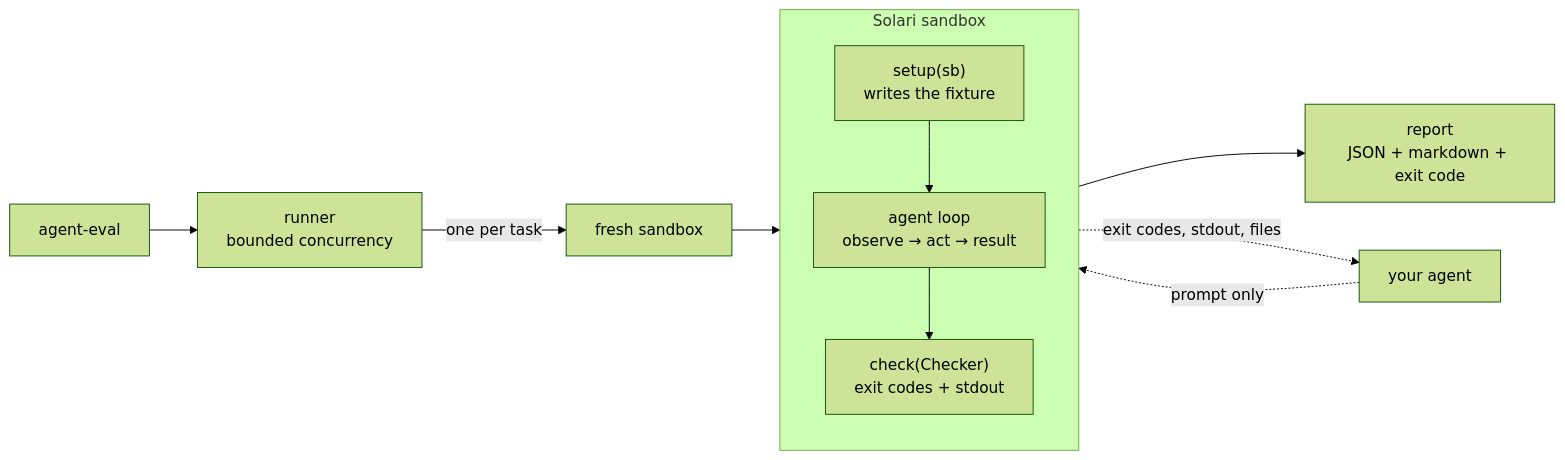
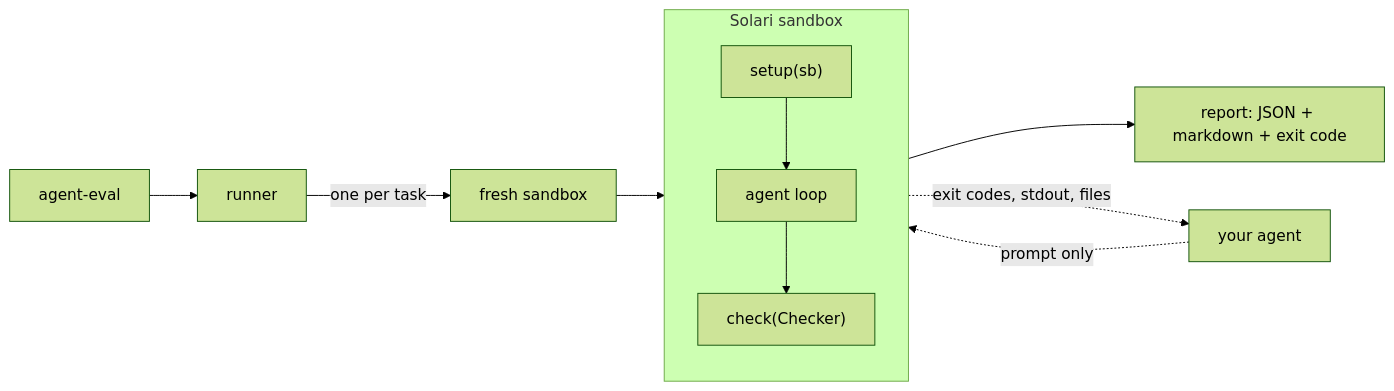
One commit to Mohamed-AH/solari-cookbook changed the diagram in agent-eval/README.md. Above: the diagram before and after it, drawn with Mermaid (forest theme). The commit also changed other lines of this file, not shown here.

````diff
--- a/agent-eval/README.md
+++ b/agent-eval/README.md
@@ -159,19 +89,16 @@
 ```mermaid
 flowchart LR
-    CLI["agent-eval"] --> R["runner<br/>bounded concurrency"]
+    CLI["agent-eval"] --> R["runner"]
     R -->|one per task| S["fresh sandbox"]
 
     subgraph SB["Solari sandbox"]
         direction TB
-        SET["setup(sb)<br/>writes the fixture"]
-        LOOP["agent loop<br/>observe → act → result"]
-        CHK["check(Checker)<br/>exit codes + stdout"]
-        SET --> LOOP --> CHK
+        SET["setup(sb)"] --> LOOP["agent loop"] --> CHK["check(Checker)"]
     end
 
     S --> SB
-    CHK --> REP["report<br/>JSON + markdown + exit code"]
+    CHK --> REP["report: JSON + markdown + exit code"]
 
     A["your agent"] -.->|"prompt only"| LOOP
     LOOP -.->|"exit codes, stdout, files"| A
 ```
````
